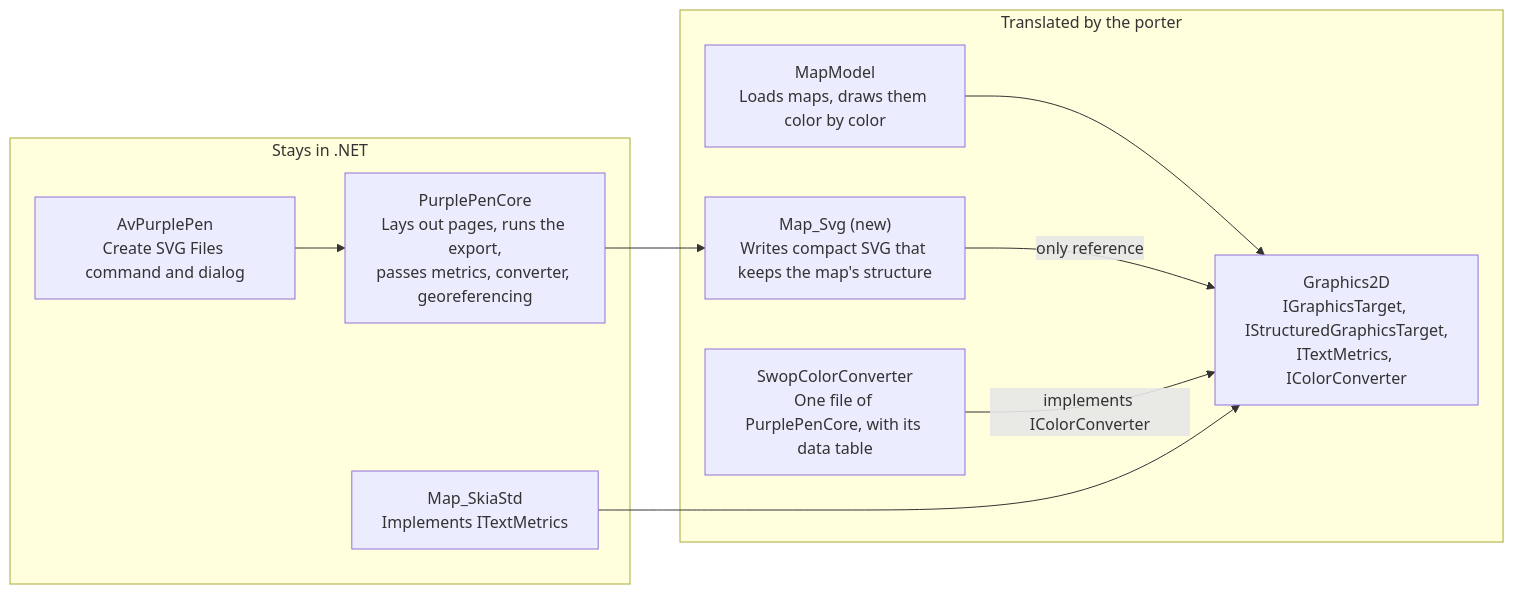
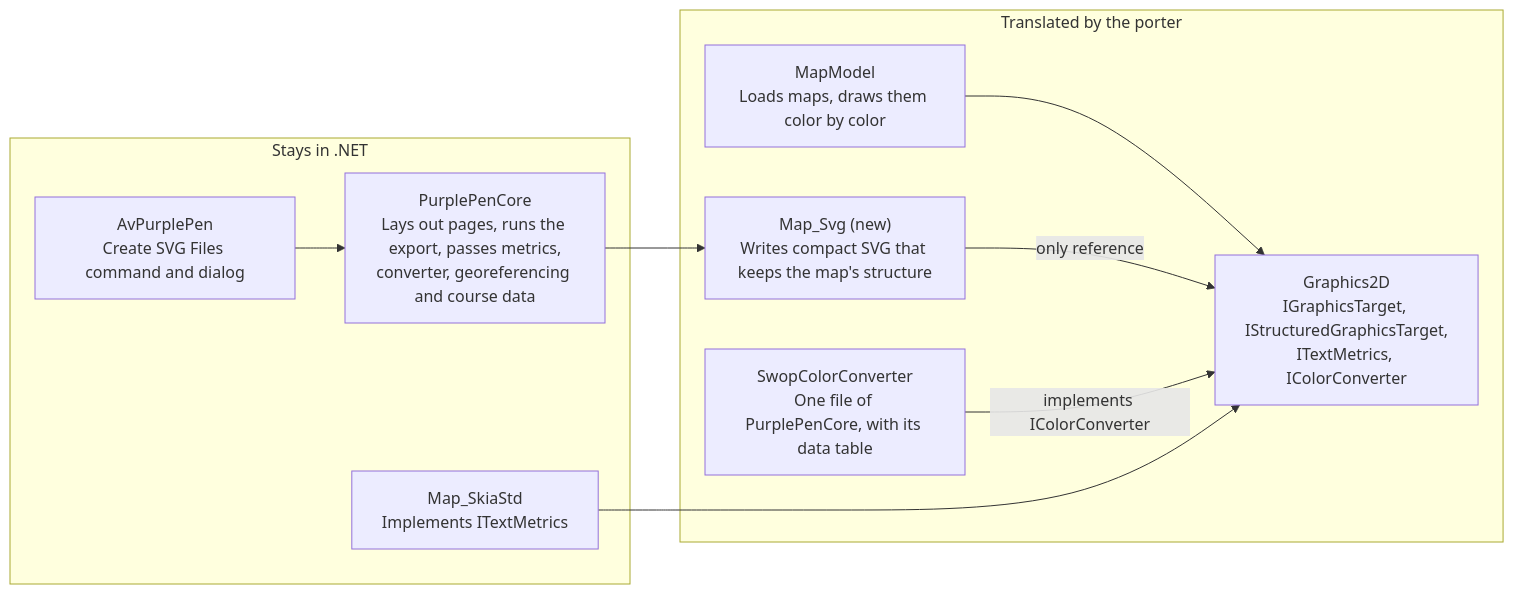
Before and after one commit to pauliojanpera/NotPurplePen: the diagram in doc/devdocs/SvgTargetRequirements.md, drawn with Mermaid. The commit also changed other lines of this file, not shown here.

First line of the commit message:
Record course data, every CRS id and device CMYK in SVG requirements

````diff
--- a/doc/devdocs/SvgTargetRequirements.md
+++ b/doc/devdocs/SvgTargetRequirements.md
@@ -50,20 +51,20 @@
 ```mermaid
 flowchart LR
   subgraph T["Translated by the porter"]
     MapModel["MapModel<br/>Loads maps, draws them color by color"]
     MapSvg["Map_Svg (new)<br/>Writes compact SVG that keeps the map's structure"]
     G2D["Graphics2D<br/>IGraphicsTarget, IStructuredGraphicsTarget,<br/>ITextMetrics, IColorConverter"]
     Swop["SwopColorConverter<br/>One file of PurplePenCore, with its data table"]
   end
   subgraph N["Stays in .NET"]
     Av["AvPurplePen<br/>Create SVG Files command and dialog"]
-    Core["PurplePenCore<br/>Lays out pages, runs the export,<br/>passes metrics, converter, georeferencing"]
+    Core["PurplePenCore<br/>Lays out pages, runs the export, passes metrics,<br/>converter, georeferencing and course data"]
     Skia["Map_SkiaStd<br/>Implements ITextMetrics"]
   end
   MapModel --> G2D
   MapSvg -- only reference --> G2D
   Swop -- implements IColorConverter --> G2D
   Av --> Core
   Core --> MapSvg
   Skia --> G2D
 ```
````
